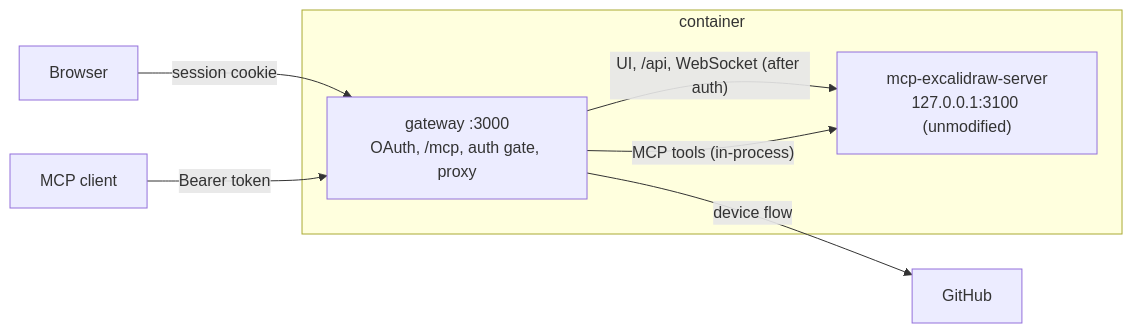
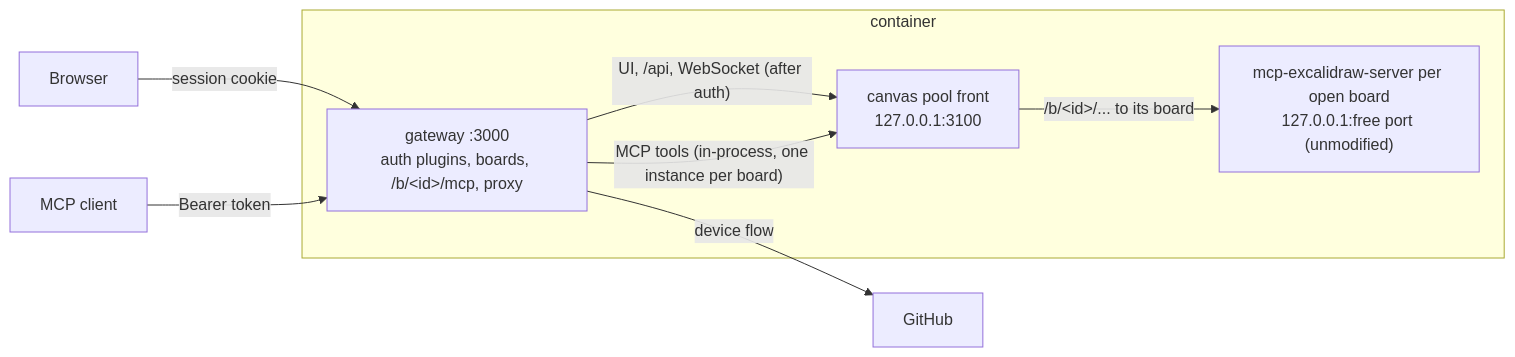
One commit to FullFran/pizarra changed the diagram in README.md. Above: the diagram before and after it, drawn with Mermaid. The commit also changed other lines of this file and 2 other files, not shown here.

Commit message:
docs: boards, auth plugins and embedding in the README and compose notes

````diff
--- a/README.md
+++ b/README.md
@@ -12,12 +13,14 @@
 ```mermaid
 flowchart LR
   browser[Browser] -- "session cookie" --> gw
   agent[MCP client] -- "Bearer token" --> gw
   subgraph container
-    gw["gateway :3000<br/>OAuth, /mcp, auth gate, proxy"]
-    canvas["mcp-excalidraw-server<br/>127.0.0.1:3100 (unmodified)"]
-    gw -- "UI, /api, WebSocket (after auth)" --> canvas
-    gw -- "MCP tools (in-process)" --> canvas
+    gw["gateway :3000<br/>auth plugins, boards, /b/&lt;id&gt;/mcp, proxy"]
+    pool["canvas pool front<br/>127.0.0.1:3100"]
+    canvas["mcp-excalidraw-server per open board<br/>127.0.0.1:free port (unmodified)"]
+    gw -- "UI, /api, WebSocket (after auth)" --> pool
+    gw -- "MCP tools (in-process, one instance per board)" --> pool
+    pool -- "/b/&lt;id&gt;/... to its board" --> canvas
   end
   gw -- "device flow" --> github[GitHub]
 ```
````
